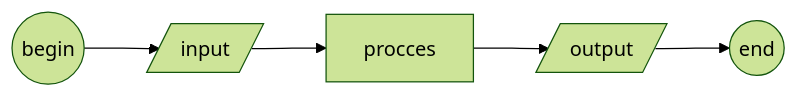
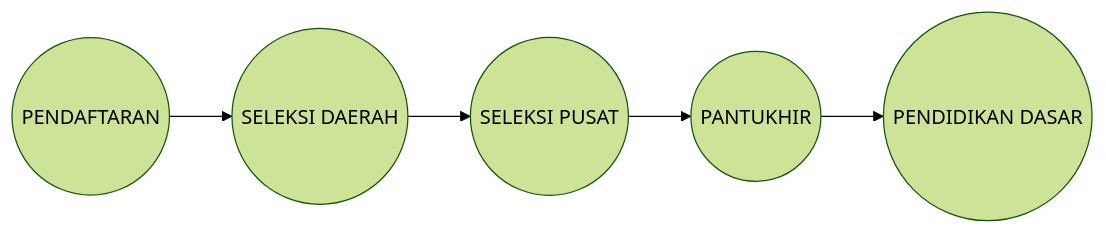
One commit to charlesmana/lecture-notes changed the diagram in content/notes/hello-world.md. Above: the diagram before and after it, drawn with Mermaid (forest theme). The commit also changed other lines of this file, not shown here.

```diff
--- a/content/notes/hello-world.md
+++ b/content/notes/hello-world.md
@@ -14,9 +72,9 @@
 {{< mermaid >}}
 flowchart LR
-	B --> I--> P--> O--> E 
-	B(("begin"))
-	I[/"input"/]
-	P["procces"]
-	O[/"output"/]
-	E(("end"))
+	P --> SD--> SP--> PK--> DK 
+	P(("PENDAFTARAN"))
+	SD(("SELEKSI DAERAH"))
+	SP(("SELEKSI PUSAT"))
+	PK(("PANTUKHIR"))
+	DK(("PENDIDIKAN DASAR"))
 {{</ mermaid >}}
```
